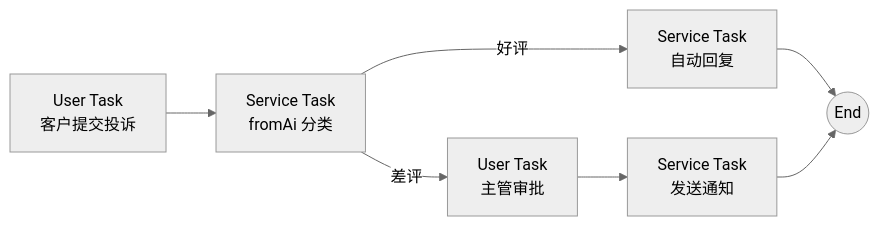
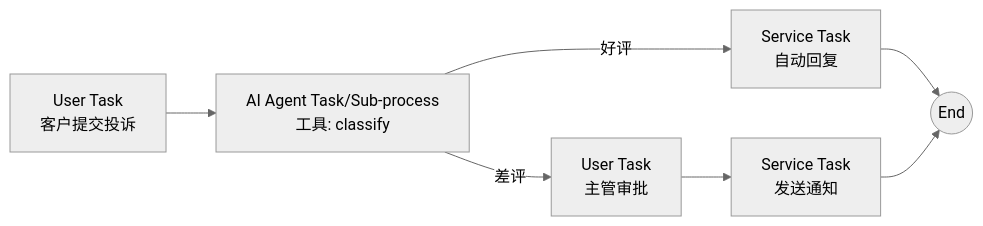
Before and after one commit to wb04307201/note: the first of 3 diagrams in 09.ai-applications/agent/architecture/bpmn-ai-integration.md, drawn with Mermaid (neutral theme). The commit also changed other lines of this file and 6 other files, not shown here.

````diff
--- a/09.ai-applications/agent/architecture/bpmn-ai-integration.md
+++ b/09.ai-applications/agent/architecture/bpmn-ai-integration.md
@@ -45,9 +47,9 @@
 ```mermaid
 flowchart LR
-    User[User Task<br/>客户提交投诉] --> AI[Service Task<br/>fromAi 分类]
+    User[User Task<br/>客户提交投诉] --> AI[AI Agent Task/Sub-process<br/>工具: classify]
     AI -->|差评| Director[User Task<br/>主管审批]
     AI -->|好评| Auto[Service Task<br/>自动回复]
     Director --> Notify[Service Task<br/>发送通知]
     Auto --> End((End))
     Notify --> End
 ```
````
